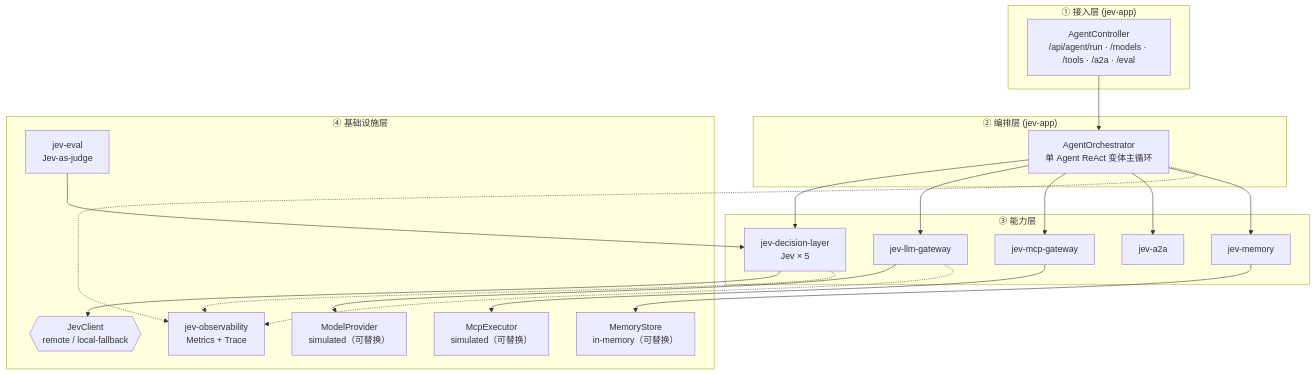
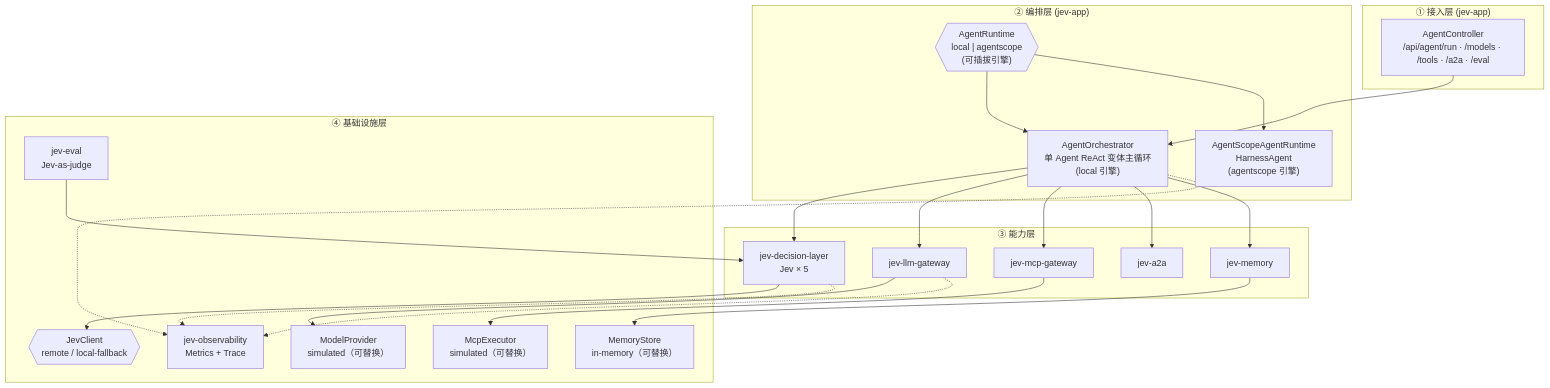
One commit to zhu1j/JevAgentRuntime changed the first of 7 diagrams in docs/ARCHITECTURE.md. Above: the diagram before and after it, drawn with Mermaid. The commit also changed 29 other files, not shown here.

Commit message:
feat: pluggable agent runtime (local/AgentScope HarnessAgent), Jev decision audit + chaos switch + fallback, tool permission tiers (READ/WRITE/DANGEROUS), tool-selection benchmark endpoint; docs: RUNTIME/RELIABILITY/API/FAQ/README/ARCHITECTURE + interview Q&A

````diff
--- a/docs/ARCHITECTURE.md
+++ b/docs/ARCHITECTURE.md
@@ -22,38 +22,42 @@
 ```mermaid
 flowchart TB
     subgraph L1["① 接入层 (jev-app)"]
         CTRL["AgentController<br/>/api/agent/run · /models · /tools · /a2a · /eval"]
     end
 
     subgraph L2["② 编排层 (jev-app)"]
-        ORCH["AgentOrchestrator<br/>单 Agent ReAct 变体主循环"]
+        RUNTIME{{"AgentRuntime<br/>local | agentscope<br/>(可插拔引擎)"}}
+        ORCH["AgentOrchestrator<br/>单 Agent ReAct 变体主循环<br/>(local 引擎)"]
+        HARNESS["AgentScopeAgentRuntime<br/>HarnessAgent<br/>(agentscope 引擎)"]
     end
+    RUNTIME --> ORCH
+    RUNTIME --> HARNESS
 
     subgraph L3["③ 能力层"]
         DL["jev-decision-layer<br/>Jev × 5"]
         LG["jev-llm-gateway"]
         MG["jev-mcp-gateway"]
         A2A["jev-a2a"]
         MEM["jev-memory"]
     end
 
     subgraph L4["④ 基础设施层"]
         JEV{{"JevClient<br/>remote / local-fallback"}}
         PROV["ModelProvider<br/>simulated（可替换）"]
         MCPEX["McpExecutor<br/>simulated（可替换）"]
         STORE["MemoryStore<br/>in-memory（可替换）"]
         OBS["jev-observability<br/>Metrics + Trace"]
         EVAL["jev-eval<br/>Jev-as-judge"]
     end
 
     CTRL --> ORCH
     ORCH --> DL & LG & MG & A2A & MEM
     DL --> JEV
     LG --> PROV
     MG --> MCPEX
     MEM --> STORE
     ORCH -.-> OBS
     LG -.-> OBS
     DL -.-> OBS
     EVAL --> DL
 ```
````
